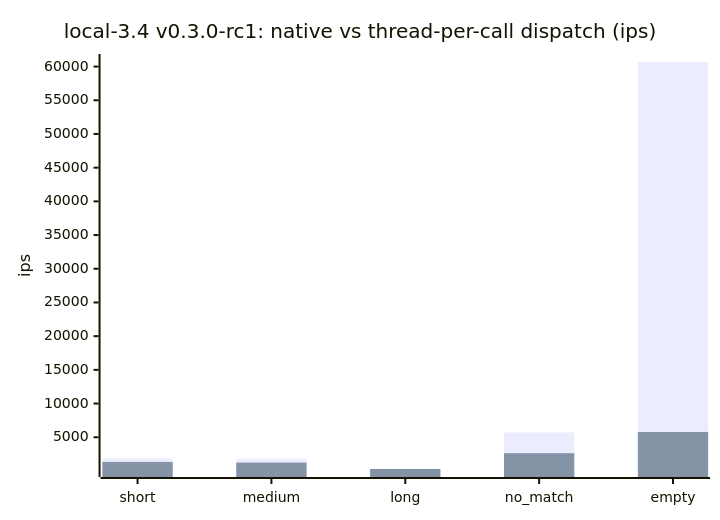
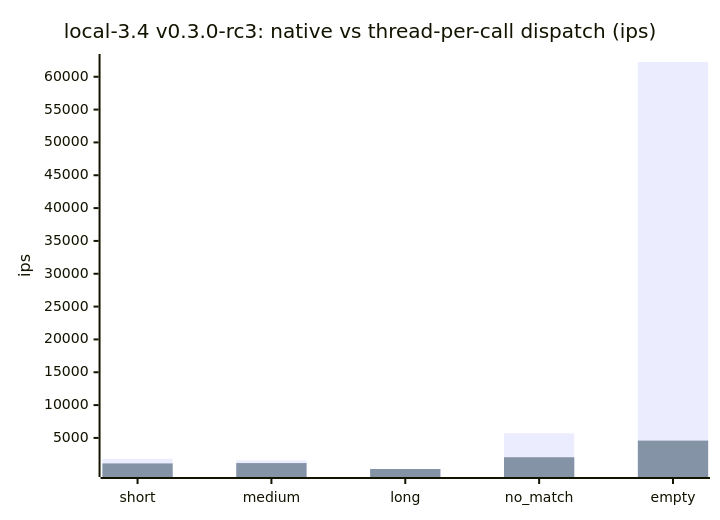
The fourth of 7 diagrams in docs/benchmarks/README.md (cpb/duckling), drawn with Mermaid before and after one commit. The commit also changed other lines of this file and 20 other files, not shown here.

````diff
--- a/docs/benchmarks/README.md
+++ b/docs/benchmarks/README.md
@@ -165,8 +165,8 @@
 ```mermaid
 xychart-beta
-    title "local-3.4 v0.3.0-rc1: native vs thread-per-call dispatch (ips)"
+    title "local-3.4 v0.3.0-rc3: native vs thread-per-call dispatch (ips)"
     x-axis [short, medium, long, no_match, empty]
     y-axis "ips"
-    bar "native" [1859.7, 1837.8, 329.8, 5715.7, 60677.4]
-    bar "thread-per-call" [1338.4, 1240.2, 291.2, 2636.8, 5788.3]
+    bar "native" [1805.7, 1584.0, 285.3, 5696.3, 62247.3]
+    bar "thread-per-call" [1116.0, 1168.6, 267.9, 2056.4, 4592.3]
 ```
````
